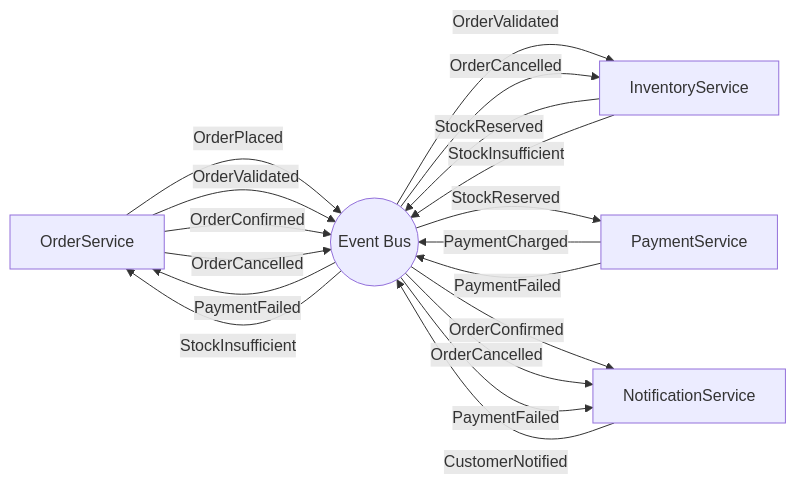
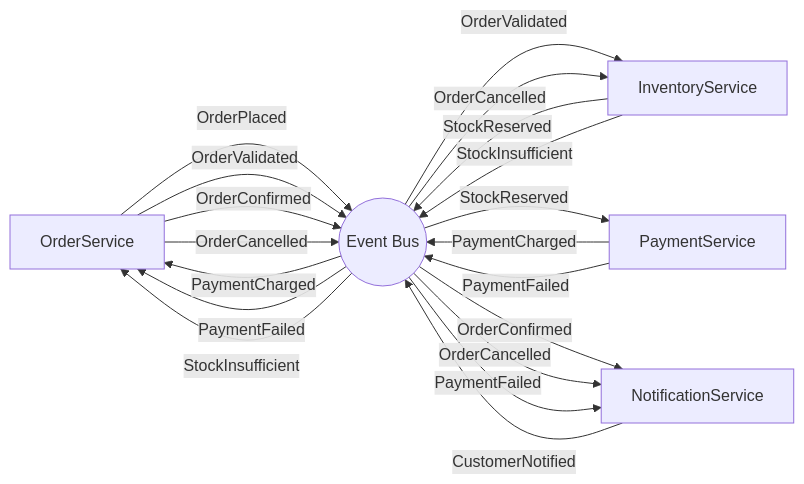
One commit to jeffgrahamcodes/eventflow changed the diagram in docs/diagrams/event-flow.md. Above: the diagram before and after it, drawn with Mermaid. The commit also changed 1 other file, not shown here.

Commit message:
feature/ef-20: Update event flow diagram — add PaymentCharged to OrderService routing

````diff
--- a/docs/diagrams/event-flow.md
+++ b/docs/diagrams/event-flow.md
@@ -1,21 +1,22 @@
 ```mermaid
 flowchart LR
     OS[OrderService] -->|OrderPlaced| EB((Event Bus))
     OS -->|OrderValidated| EB
     OS -->|OrderConfirmed| EB
     OS -->|OrderCancelled| EB
     IS[InventoryService] -->|StockReserved| EB
     IS -->|StockInsufficient| EB
     PS[PaymentService] -->|PaymentCharged| EB
     PS -->|PaymentFailed| EB
     NS[NotificationService] -->|CustomerNotified| EB
 
     EB -->|OrderValidated| IS
     EB -->|OrderCancelled| IS
     EB -->|StockReserved| PS
+    EB -->|PaymentCharged| OS
     EB -->|OrderConfirmed| NS
     EB -->|OrderCancelled| NS
     EB -->|PaymentFailed| NS
     EB -->|PaymentFailed| OS
     EB -->|StockInsufficient| OS
 ```
````
